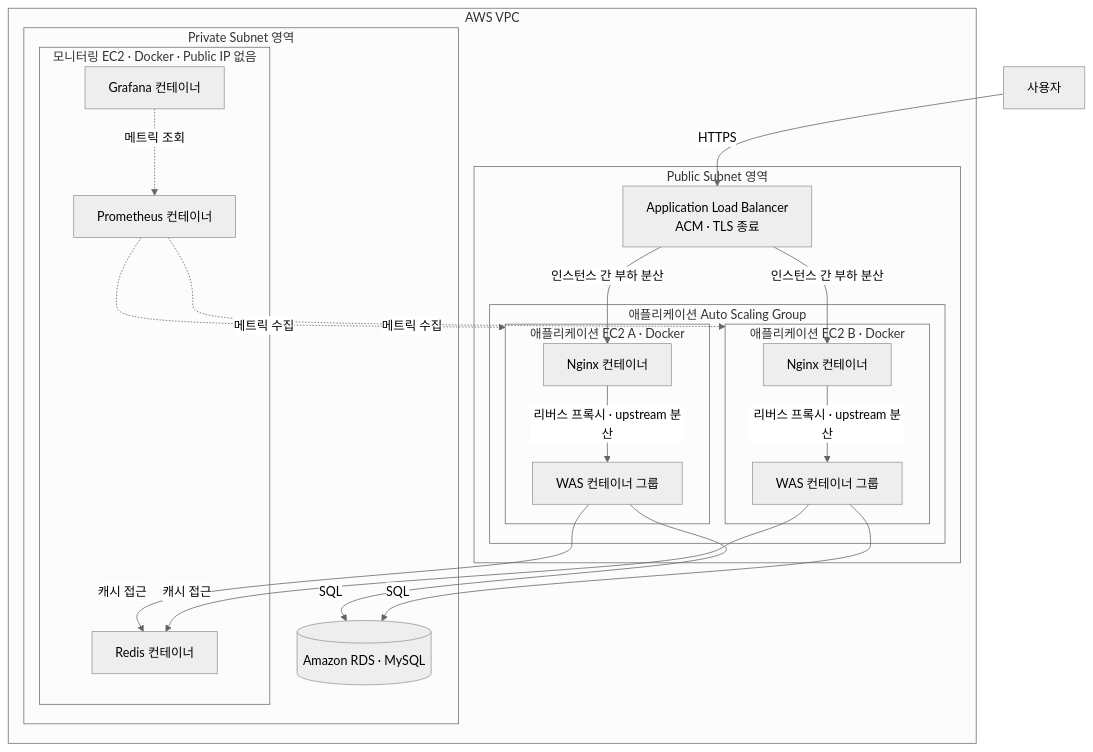
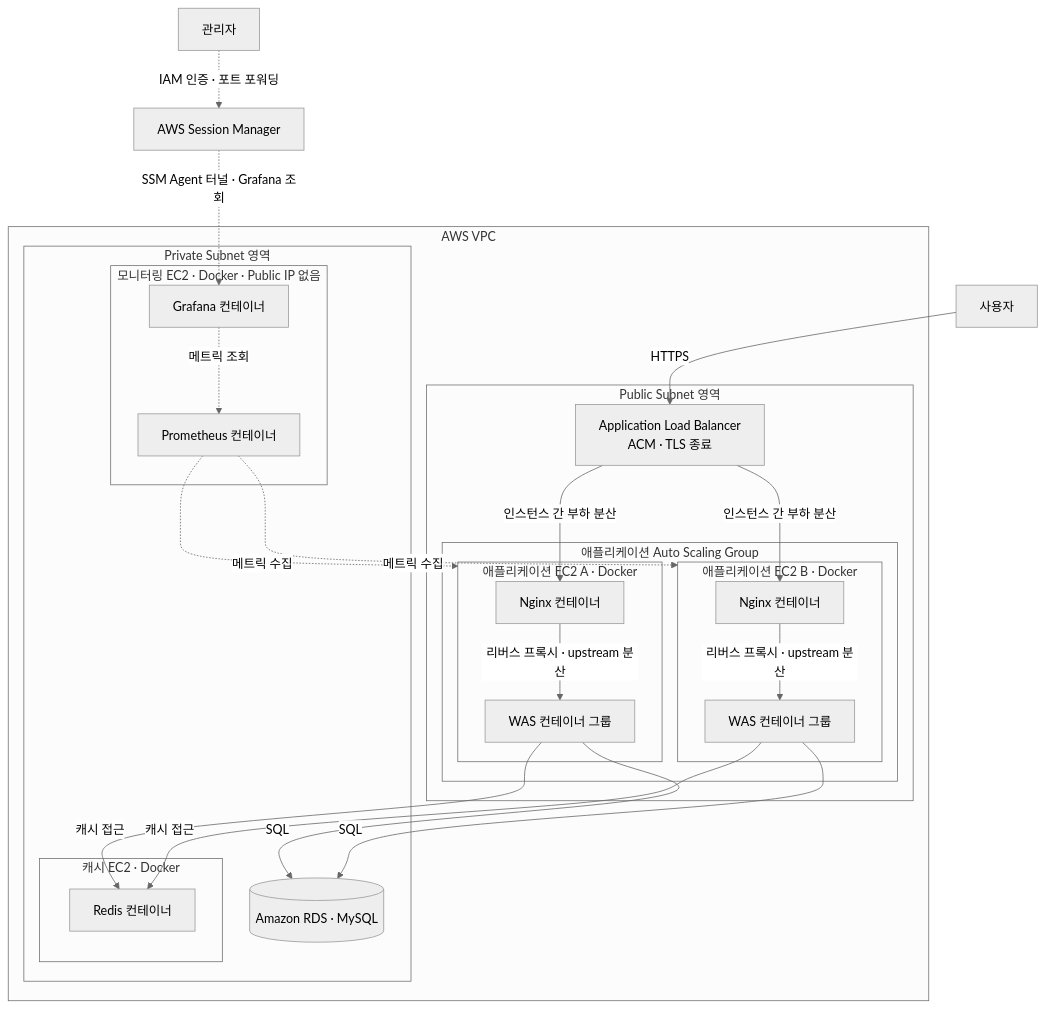
Before and after one commit to seojelee9999/Jeonlog-infr: the first of 3 diagrams in README.md, drawn with Mermaid (neutral theme). The commit also changed other lines of this file and 2 other files, not shown here.

Commit message:
docs: design private monitoring architecture and recovery paths

````diff
--- a/README.md
+++ b/README.md
@@ -20,43 +20,47 @@
 ```mermaid
 flowchart TB
     Client["사용자"] -->|HTTPS| ALB
+    Admin["관리자"] -.->|IAM 인증 · 포트 포워딩| SSMAccess["AWS Session Manager"]
+    SSMAccess -.->|SSM Agent 터널 · Grafana 조회| Grafana
 
     subgraph VPC["AWS VPC"]
         subgraph Public["Public Subnet 영역"]
             ALB["Application Load Balancer<br/>ACM · TLS 종료"]
 
             subgraph ASG["애플리케이션 Auto Scaling Group"]
                 subgraph EC2A["애플리케이션 EC2 A · Docker"]
                     NginxA["Nginx 컨테이너"]
                     WASA["WAS 컨테이너 그룹"]
                     NginxA -->|리버스 프록시 · upstream 분산| WASA
                 end
                 subgraph EC2B["애플리케이션 EC2 B · Docker"]
                     NginxB["Nginx 컨테이너"]
                     WASB["WAS 컨테이너 그룹"]
                     NginxB -->|리버스 프록시 · upstream 분산| WASB
                 end
             end
 
             ALB -->|인스턴스 간 부하 분산| NginxA
             ALB -->|인스턴스 간 부하 분산| NginxB
         end
 
         subgraph Private["Private Subnet 영역"]
             RDS[("Amazon RDS · MySQL")]
             subgraph Monitor["모니터링 EC2 · Docker · Public IP 없음"]
                 Prom["Prometheus 컨테이너"]
                 Grafana["Grafana 컨테이너"]
+                Grafana -.->|메트릭 조회| Prom
+            end
+            subgraph Cache["캐시 EC2 · Docker"]
                 Redis["Redis 컨테이너"]
-                Grafana -.->|메트릭 조회| Prom
             end
         end
 
         WASA -->|SQL| RDS
         WASB -->|SQL| RDS
         WASA -->|캐시 접근| Redis
         WASB -->|캐시 접근| Redis
         Prom -.->|메트릭 수집| EC2A
         Prom -.->|메트릭 수집| EC2B
     end
 ```
````
